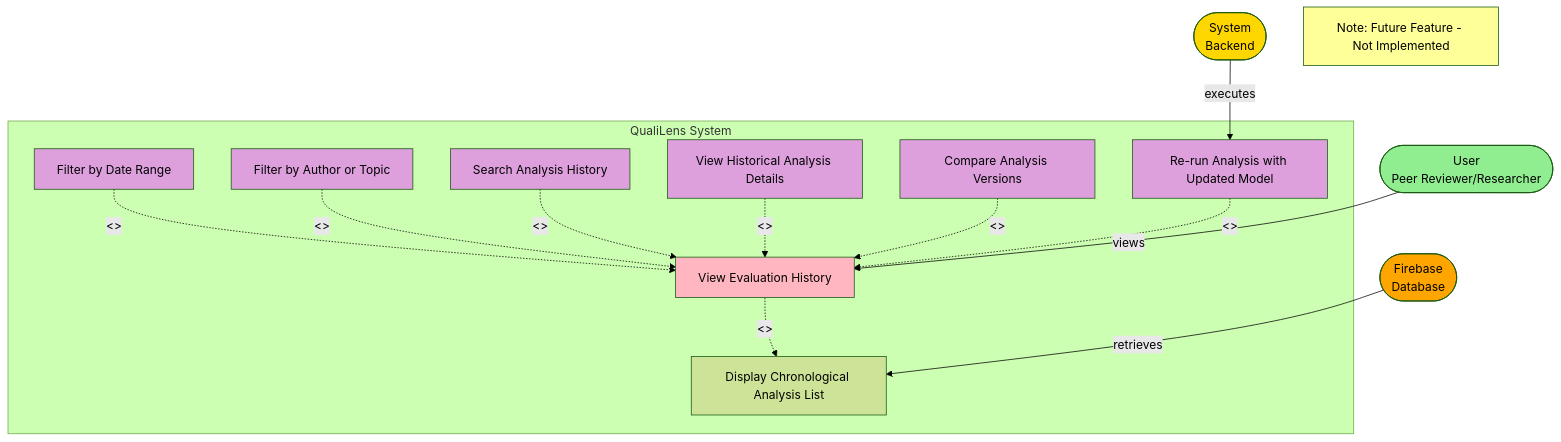
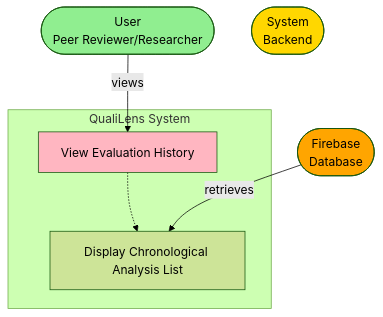
Before and after one commit to giuliobarde/QualiLens: the eighth of 12 diagrams in docs/architecture/4_USE_CASE_DIAGRAM.md, drawn with Mermaid (forest theme). The commit also changed other lines of this file and 5 other files, not shown here.

Commit message:
updated diagrams and requirements

````diff
--- a/docs/architecture/4_USE_CASE_DIAGRAM.md
+++ b/docs/architecture/4_USE_CASE_DIAGRAM.md
@@ -255,43 +211,21 @@
 ```mermaid
 graph TD
     User([User<br/>Peer Reviewer/Researcher])
     System([System<br/>Backend])
     Firebase([Firebase<br/>Database])
     
     subgraph "QualiLens System"
         UC08[View Evaluation History]
         UC08a[Display Chronological Analysis List]
-        UC08b[Filter by Date Range]
-        UC08c[Filter by Author or Topic]
-        UC08d[Search Analysis History]
-        UC08e[View Historical Analysis Details]
-        UC08f[Compare Analysis Versions]
-        UC08g[Re-run Analysis with Updated Model]
         
-        UC08 -.->|<<include>>| UC08a
-        UC08b -.->|<<extend>>| UC08
-        UC08c -.->|<<extend>>| UC08
-        UC08d -.->|<<extend>>| UC08
-        UC08e -.->|<<extend>>| UC08
-        UC08f -.->|<<extend>>| UC08
-        UC08g -.->|<<extend>>| UC08
+        UC08 -.-> UC08a
     end
     
     User -->|views| UC08
     Firebase -->|retrieves| UC08a
-    System -->|executes| UC08g
     
     style User fill:#90EE90
     style System fill:#FFD700
     style Firebase fill:#FFA500
     style UC08 fill:#FFB6C1
-    style UC08b fill:#DDA0DD
-    style UC08c fill:#DDA0DD
-    style UC08d fill:#DDA0DD
-    style UC08e fill:#DDA0DD
-    style UC08f fill:#DDA0DD
-    style UC08g fill:#DDA0DD
-    
-    Note2[Note: Future Feature - Not Implemented]
-    style Note2 fill:#FFFF99
 ```
````
